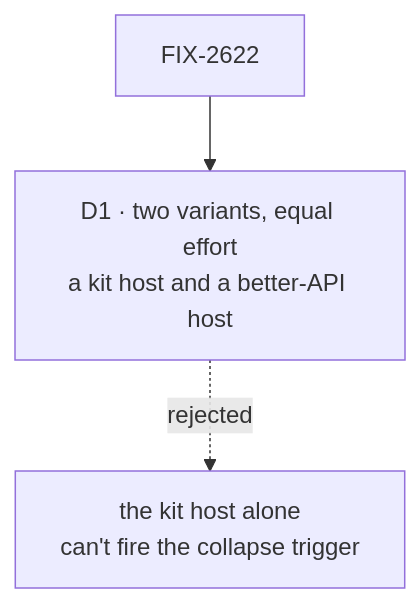
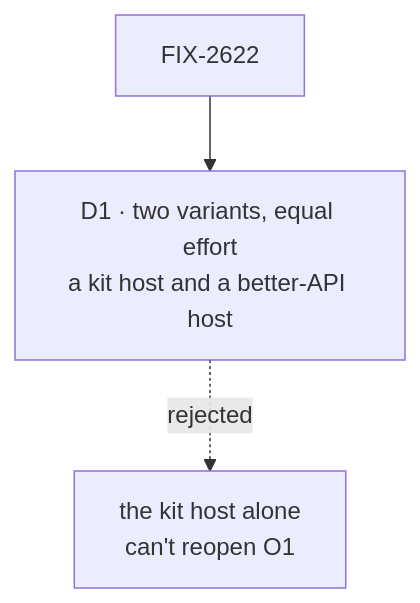
The diagram in specs/issues/FIX-2622/DECISIONS.md (fixpoint-labs/flow-state-dev), drawn with Mermaid before and after one commit. The commit also changed other lines of this file and 20 other files, not shown here.

First line of the commit message:
spec(FIX-2618): record the owner's decisions on O1, O2, O4, O5 and ER-8; amend FIX-2619 and FIX-2622

````diff
--- a/specs/issues/FIX-2622/DECISIONS.md
+++ b/specs/issues/FIX-2622/DECISIONS.md
@@ -11,5 +12,5 @@
 ```mermaid
 flowchart TD
   I["FIX-2622"] --> D1["D1 · two variants, equal effort<br/>a kit host and a better-API host"]
-  D1 -.->|"rejected"| X1["the kit host alone<br/>can't fire the collapse trigger"]
+  D1 -.->|"rejected"| X1["the kit host alone<br/>can't reopen O1"]
 ```
````
